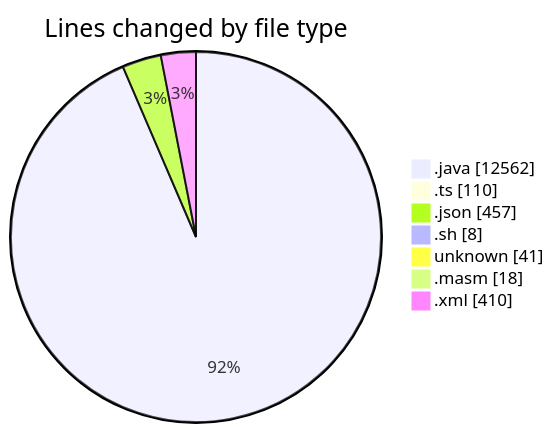
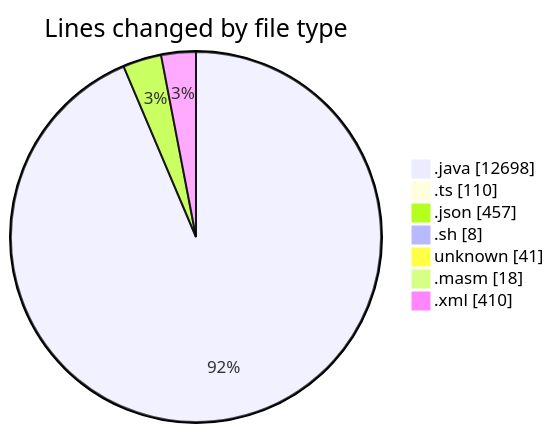
One commit to charlie-sans/code-tracking changed the first of 2 diagrams in 2025-02-20/micros/README.md. Above: the diagram before and after it, drawn with Mermaid. The commit also changed other lines of this file and 1 other file, not shown here.

````diff
--- a/2025-02-20/micros/README.md
+++ b/2025-02-20/micros/README.md
@@ -59,11 +59,11 @@
 ```mermaid
 pie showData
 title Lines changed by file type
-".java" : 12562
+".java" : 12698
 ".ts" : 110
 ".json" : 457
 ".sh" : 8
 "unknown" : 41
 ".masm" : 18
 ".xml" : 410
 ```
````
